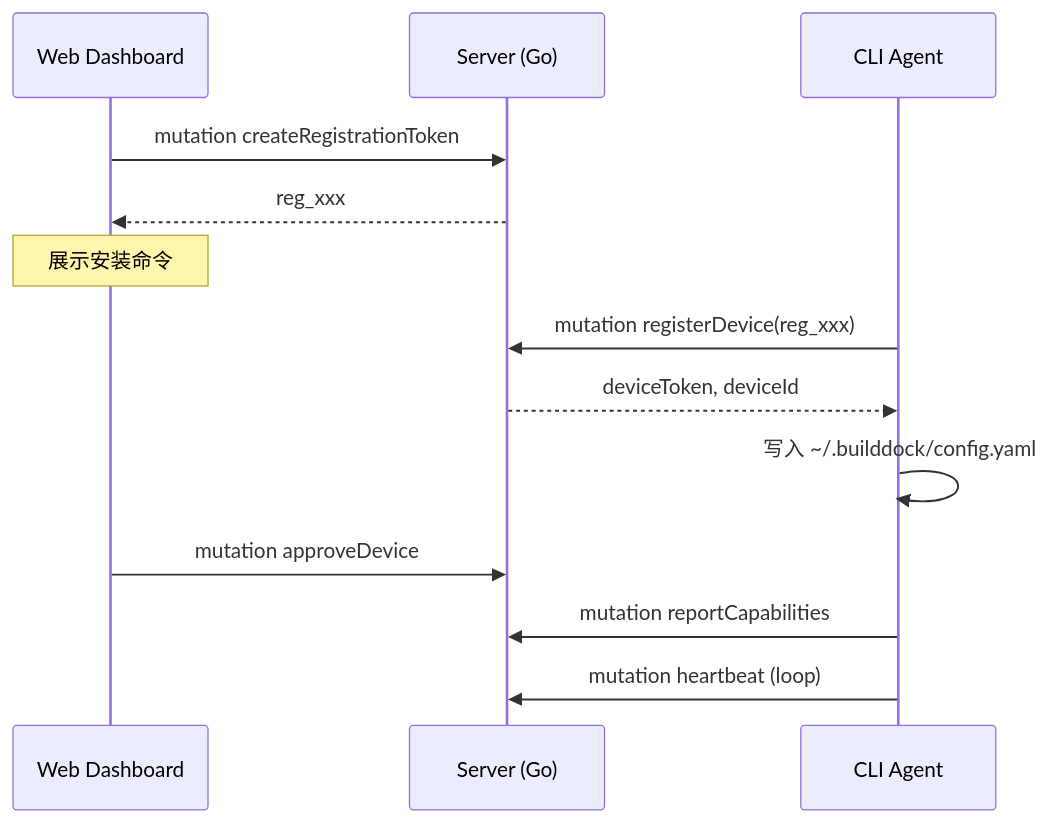
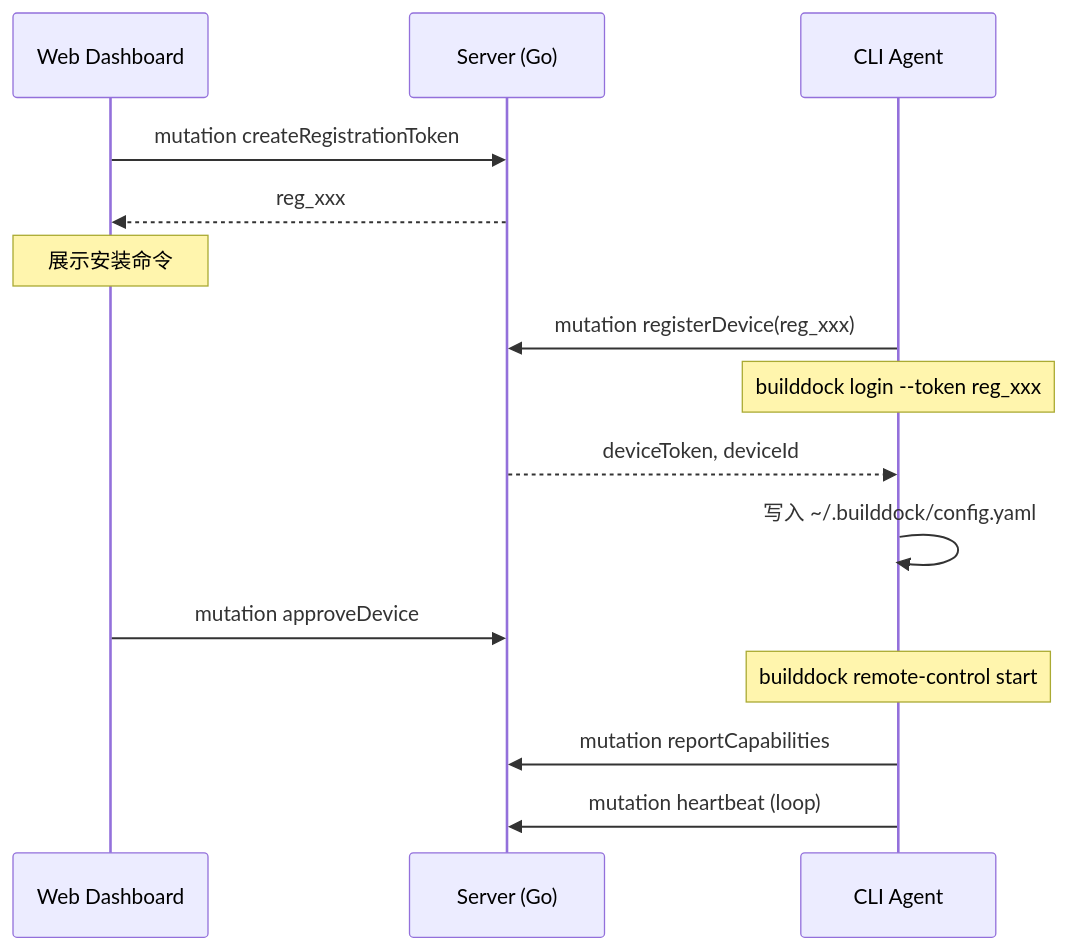
The first of 2 diagrams in docs/architecture/integration.md (zhangfenglin/BuildDock), drawn with Mermaid before and after one commit. The commit also changed other lines of this file and 8 other files, not shown here.

First line of the commit message:
docs: 设计 CLI 三命令 login / remote-control / status

````diff
--- a/docs/architecture/integration.md
+++ b/docs/architecture/integration.md
@@ -15,16 +15,18 @@
 ```mermaid
 sequenceDiagram
     participant Web as Web Dashboard
     participant S as Server (Go)
     participant A as CLI Agent
 
     Web->>S: mutation createRegistrationToken
     S-->>Web: reg_xxx
     Note over Web: 展示安装命令
     A->>S: mutation registerDevice(reg_xxx)
+    Note over A: builddock login --token reg_xxx
     S-->>A: deviceToken, deviceId
     A->>A: 写入 ~/.builddock/config.yaml
     Web->>S: mutation approveDevice
+    Note over A: builddock remote-control start
     A->>S: mutation reportCapabilities
     A->>S: mutation heartbeat (loop)
 ```
````
